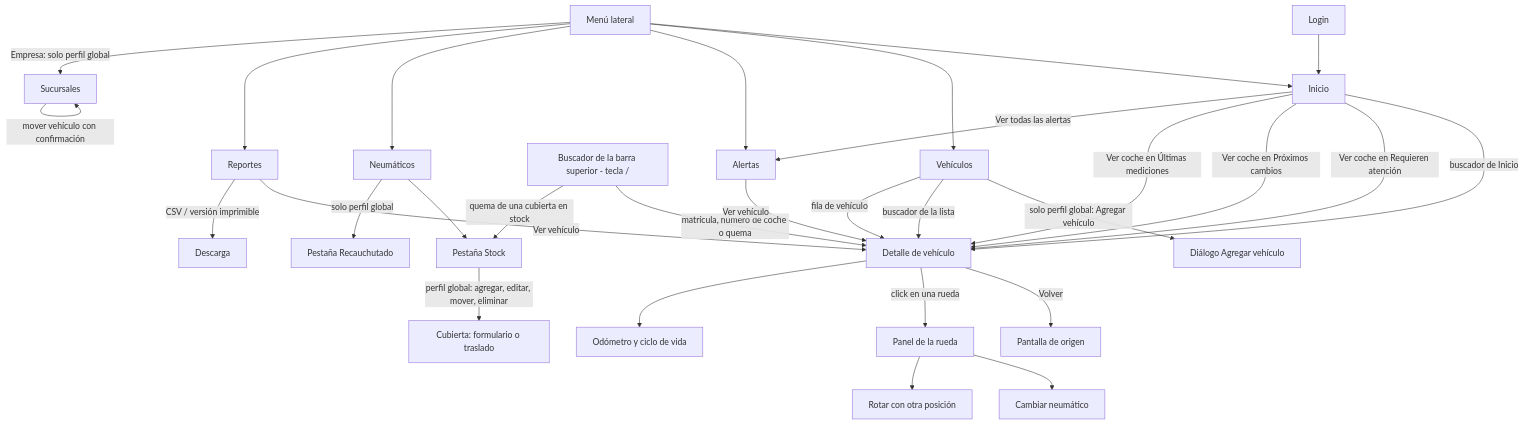
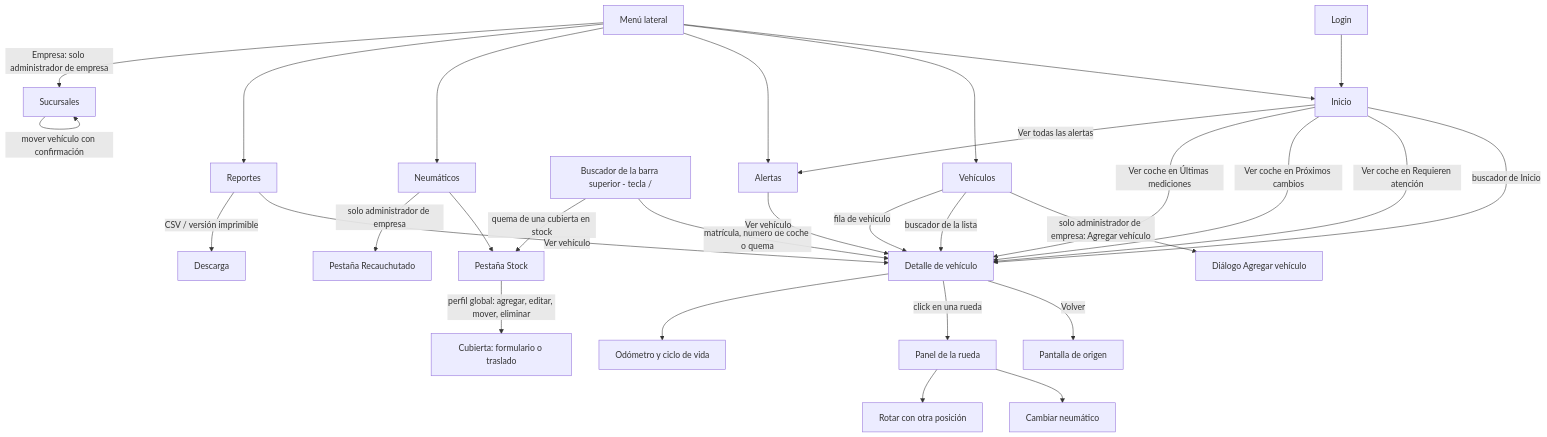
One commit to EM-Organization/Neumet-Gestion changed the first of 2 diagrams in docs/12-mapa-navegacion.md. Above: the diagram before and after it, drawn with Mermaid. The commit also changed other lines of this file and 10 other files, not shown here.

````diff
--- a/docs/12-mapa-navegacion.md
+++ b/docs/12-mapa-navegacion.md
@@ -27,33 +29,33 @@
 ```mermaid
 flowchart TD
   L[Login] --> I[Inicio]
   M[Menú lateral] --> I
   M --> V[Vehículos]
   M --> A[Alertas]
   M --> N[Neumáticos]
   N --> S[Pestaña Stock]
-  N -->|solo perfil global| RC[Pestaña Recauchutado]
+  N -->|solo administrador de empresa| RC[Pestaña Recauchutado]
   S -->|perfil global: agregar, editar, mover, eliminar| SC[Cubierta: formulario o traslado]
   M --> R[Reportes]
-  M -->|Empresa: solo perfil global| SU[Sucursales]
+  M -->|Empresa: solo administrador de empresa| SU[Sucursales]
   SU -->|crear, renombrar, eliminar| SU
   SU -->|mover vehículo con confirmación| SU
-  V -->|solo perfil global: Agregar vehículo| VA[Diálogo Agregar vehículo]
+  V -->|solo administrador de empresa: Agregar vehículo| VA[Diálogo Agregar vehículo]
   B[Buscador de la barra superior - tecla /] -->|matrícula, número de coche o quema| VD[Detalle de vehículo]
   B -->|quema de una cubierta en stock| S
   I -->|buscador de Inicio| VD
   I -->|Ver coche en Requieren atención| VD
   I -->|Ver coche en Próximos cambios| VD
   I -->|Ver coche en Últimas mediciones| VD
   I -->|Ver todas las alertas| A
   V -->|buscador de la lista| VD
   V -->|fila de vehículo| VD
   A -->|Ver vehículo| VD
   R -->|Ver vehículo| VD
   VD -->|Volver| ORIGEN[Pantalla de origen]
   VD -->|click en una rueda| PR[Panel de la rueda]
   PR --> CN[Cambiar neumático]
   PR --> RO[Rotar con otra posición]
   VD --> OD[Odómetro y ciclo de vida]
   R -->|CSV / versión imprimible| X[Descarga]
 ```
````
